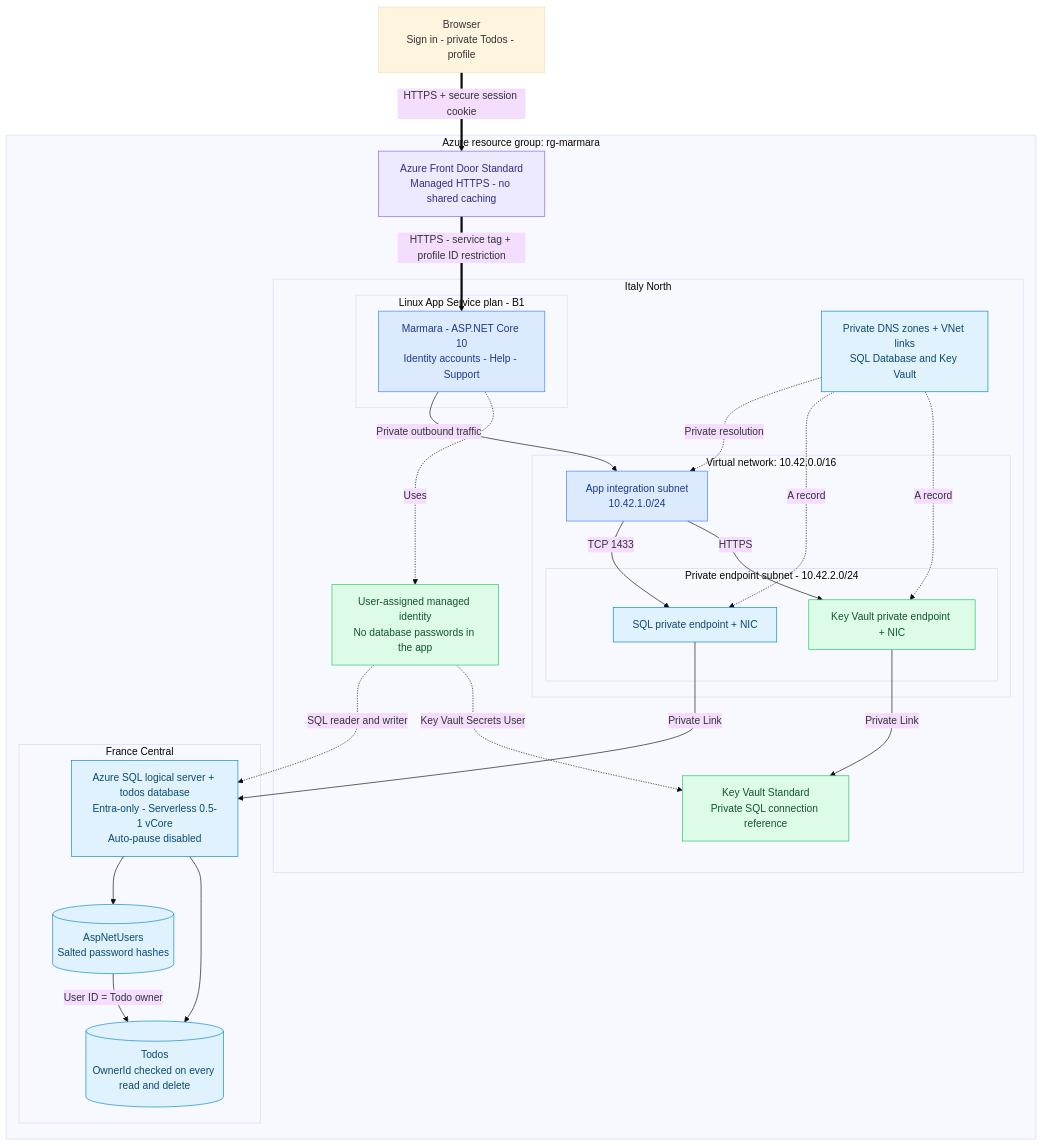
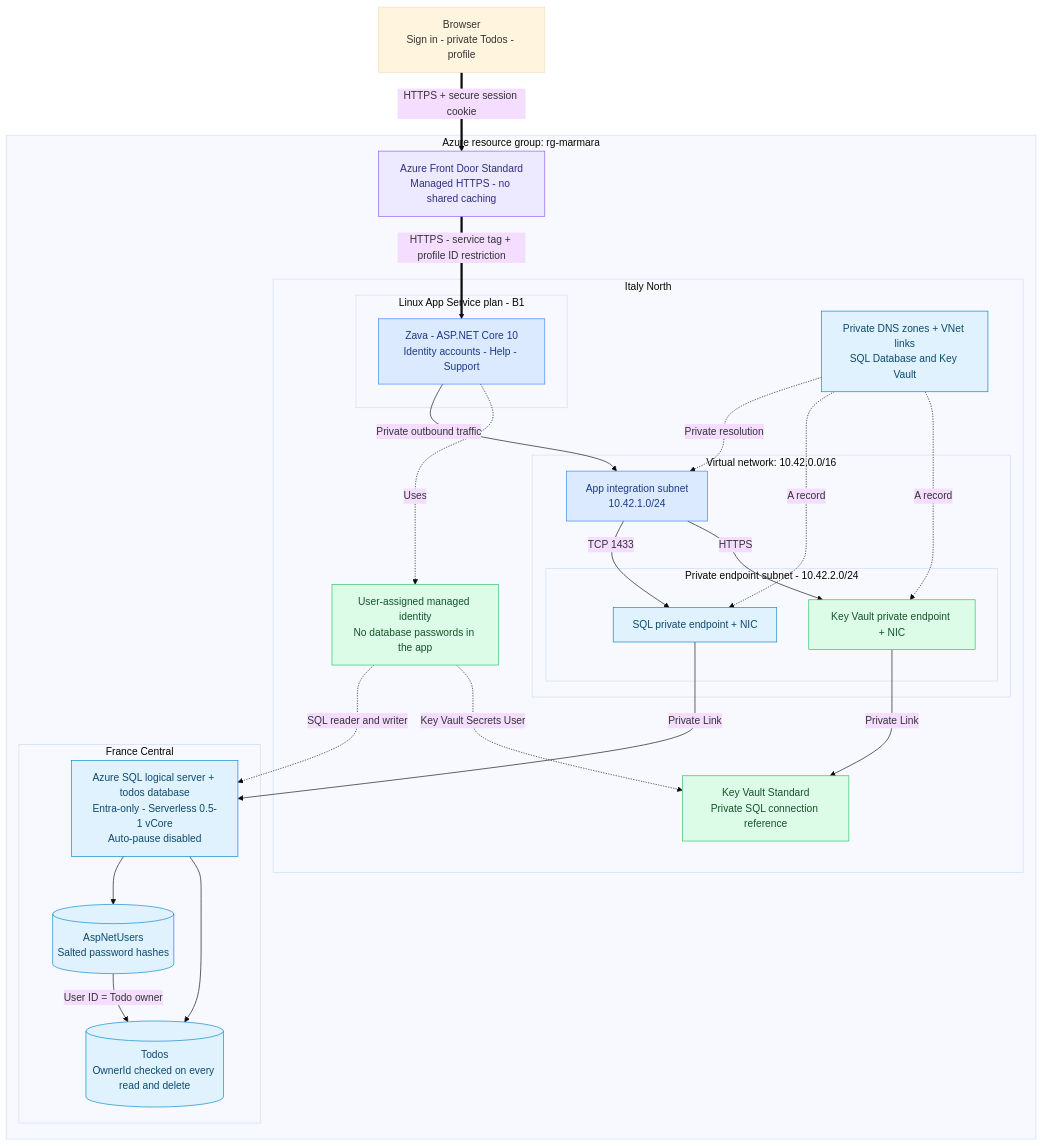
One commit to bulentozkir/marmara-demo changed the diagram in README.md. Above: the diagram before and after it, drawn with Mermaid (base theme). The commit also changed other lines of this file and 6 other files, not shown here.

First line of the commit message:
Add Zava accounts, private Todos and Azure Front Door deployment

````diff
--- a/README.md
+++ b/README.md
@@ -7,51 +9,51 @@
 ```mermaid
 flowchart TB
     BROWSER["Browser<br/>Sign in - private Todos - profile"]
     subgraph AZURE["Azure resource group: rg-marmara"]
         FD["Azure Front Door Standard<br/>Managed HTTPS - no shared caching"]
         subgraph IT["Italy North"]
             subgraph PLAN["Linux App Service plan - B1"]
-                APP["Marmara - ASP.NET Core 10<br/>Identity accounts - Help - Support"]
+                APP["Zava - ASP.NET Core 10<br/>Identity accounts - Help - Support"]
             end
             MI["User-assigned managed identity<br/>No database passwords in the app"]
             subgraph VNET["Virtual network: 10.42.0.0/16"]
                 INTEGRATION["App integration subnet<br/>10.42.1.0/24"]
                 subgraph PRIVATE["Private endpoint subnet - 10.42.2.0/24"]
                     SQLPE["SQL private endpoint + NIC"]
                     KVPE["Key Vault private endpoint + NIC"]
                 end
             end
             DNS["Private DNS zones + VNet links<br/>SQL Database and Key Vault"]
             KV["Key Vault Standard<br/>Private SQL connection reference"]
         end
         subgraph FR["France Central"]
             SQL["Azure SQL logical server + todos database<br/>Entra-only - Serverless 0.5-1 vCore<br/>Auto-pause disabled"]
             ACCOUNTS[("AspNetUsers<br/>Salted password hashes")]
             TODOS[("Todos<br/>OwnerId checked on every read and delete")]
         end
     end
     BROWSER ==>|HTTPS + secure session cookie| FD
     FD ==>|HTTPS - service tag + profile ID restriction| APP
     APP -->|Private outbound traffic| INTEGRATION
     INTEGRATION -->|TCP 1433| SQLPE
     SQLPE -->|Private Link| SQL
     INTEGRATION -->|HTTPS| KVPE
     KVPE -->|Private Link| KV
     APP -.->|Uses| MI
     MI -.->|SQL reader and writer| SQL
     MI -.->|Key Vault Secrets User| KV
     DNS -.->|Private resolution| INTEGRATION
     DNS -.->|A record| SQLPE
     DNS -.->|A record| KVPE
     SQL --> ACCOUNTS
     SQL --> TODOS
     ACCOUNTS -->|User ID = Todo owner| TODOS
     classDef edge fill:#ede9fe,stroke:#8b5cf6,color:#312e81
     classDef compute fill:#dbeafe,stroke:#3b82f6,color:#1e3a8a
     classDef data fill:#e0f2fe,stroke:#0284c7,color:#0c4a6e
     classDef security fill:#dcfce7,stroke:#22c55e,color:#14532d
     class FD edge
     class APP,INTEGRATION compute
     class SQL,ACCOUNTS,TODOS,SQLPE,DNS data
     class MI,KV,KVPE security
 ```
````
